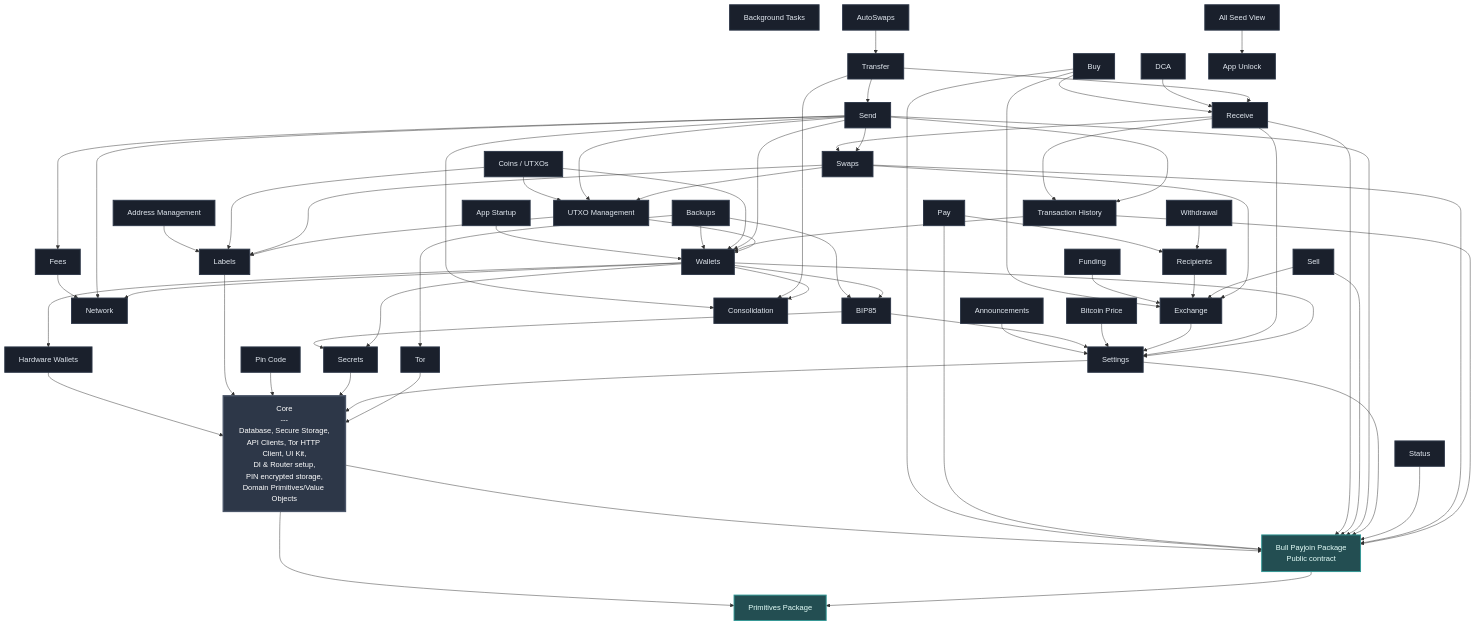
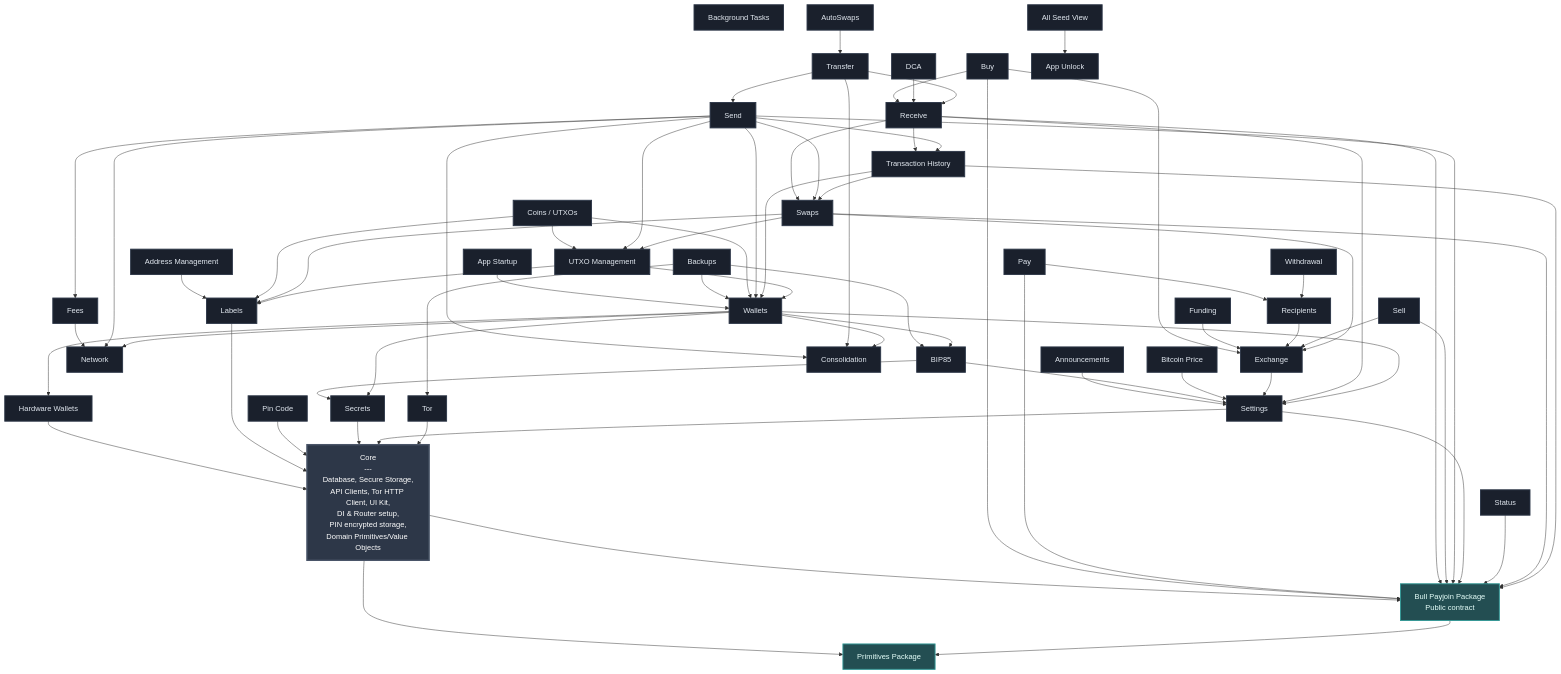
The diagram in FEATURES.md (SatoshiPortal/bullbitcoin-mobile), drawn with Mermaid before and after one commit. The commit also changed 25 other files, not shown here.

```diff
--- a/FEATURES.md
+++ b/FEATURES.md
@@ -114,6 +114,7 @@
     TRANSFER --> SEND
     TRANSFER --> RECEIVE
     TX_HISTORY --> BULL_PAYJOIN
+    TX_HISTORY --> SWAPS
     TX_HISTORY --> WALLETS
     UTXO_MGMT --> LABELS
     UTXO_MGMT --> WALLETS
```
